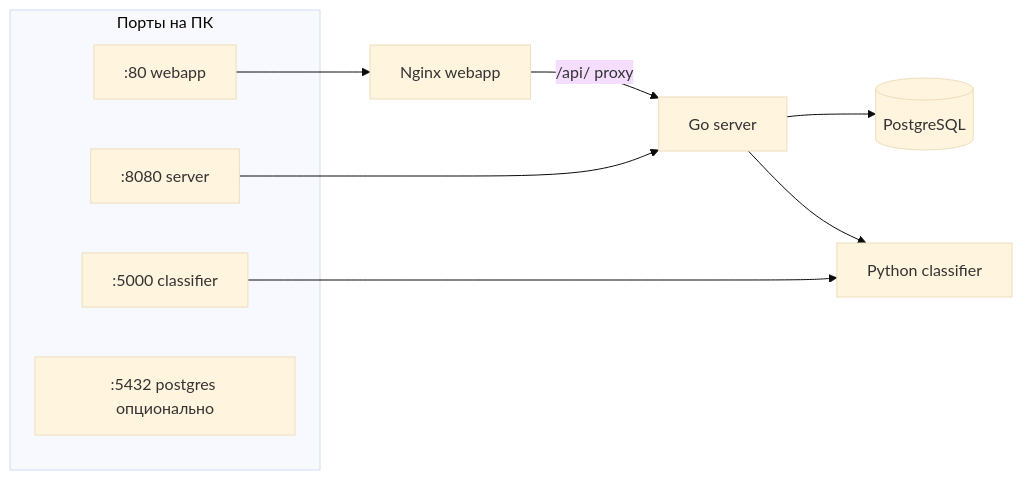
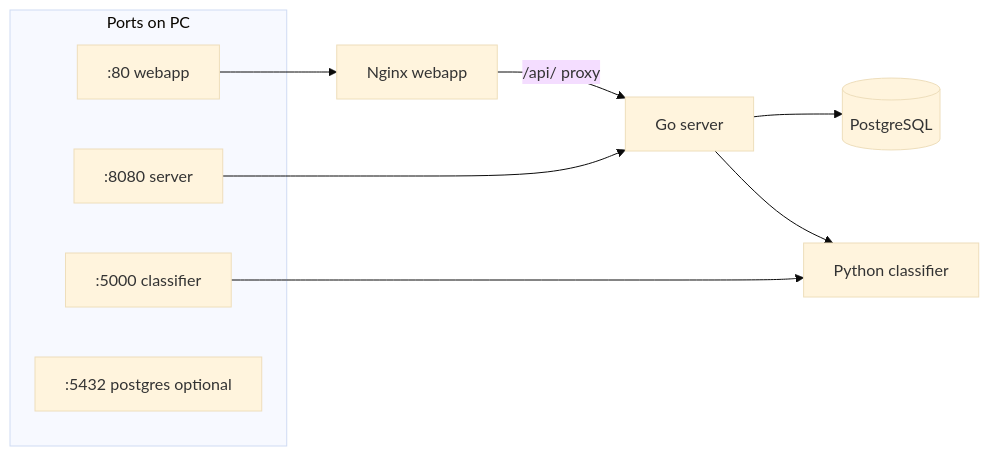
The diagram in docs/knowledge-base/docker-overview.md (kantik001/grounded_horticulture_en), drawn with Mermaid (base theme) before and after one commit. The commit also changed other lines of this file and 189 other files, not shown here.

````diff
--- a/docs/knowledge-base/docker-overview.md
+++ b/docs/knowledge-base/docker-overview.md
@@ -10,20 +10,20 @@
 ```mermaid
 flowchart LR
-    subgraph host [Порты на ПК]
+    subgraph host [Ports on PC]
         P80[":80 webapp"]
         P8080[":8080 server"]
         P5000[":5000 classifier"]
-        P5432[":5432 postgres опционально"]
+        P5432[":5432 postgres optional"]
     end
     webapp[Nginx webapp]
     server[Go server]
     classifier[Python classifier]
     db[(PostgreSQL)]
 
     P80 --> webapp
     webapp -->|/api/ proxy| server
     P8080 --> server
     server --> db
     server --> classifier
     P5000 --> classifier
 ```
````
